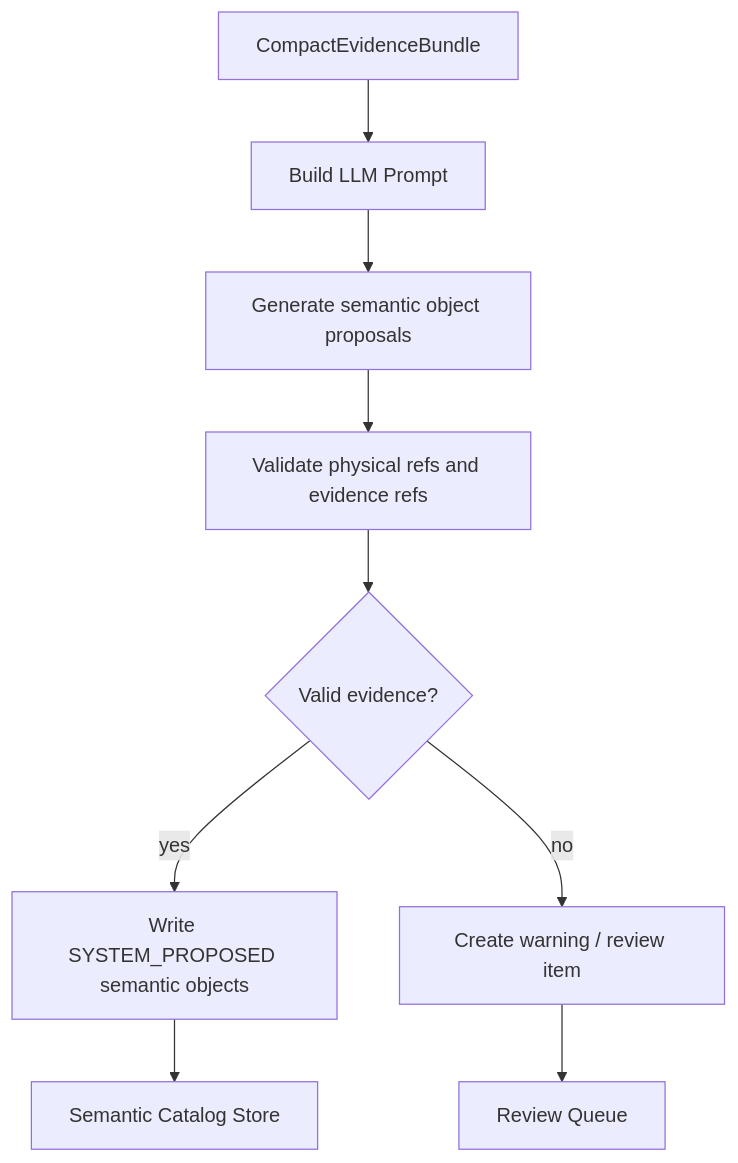
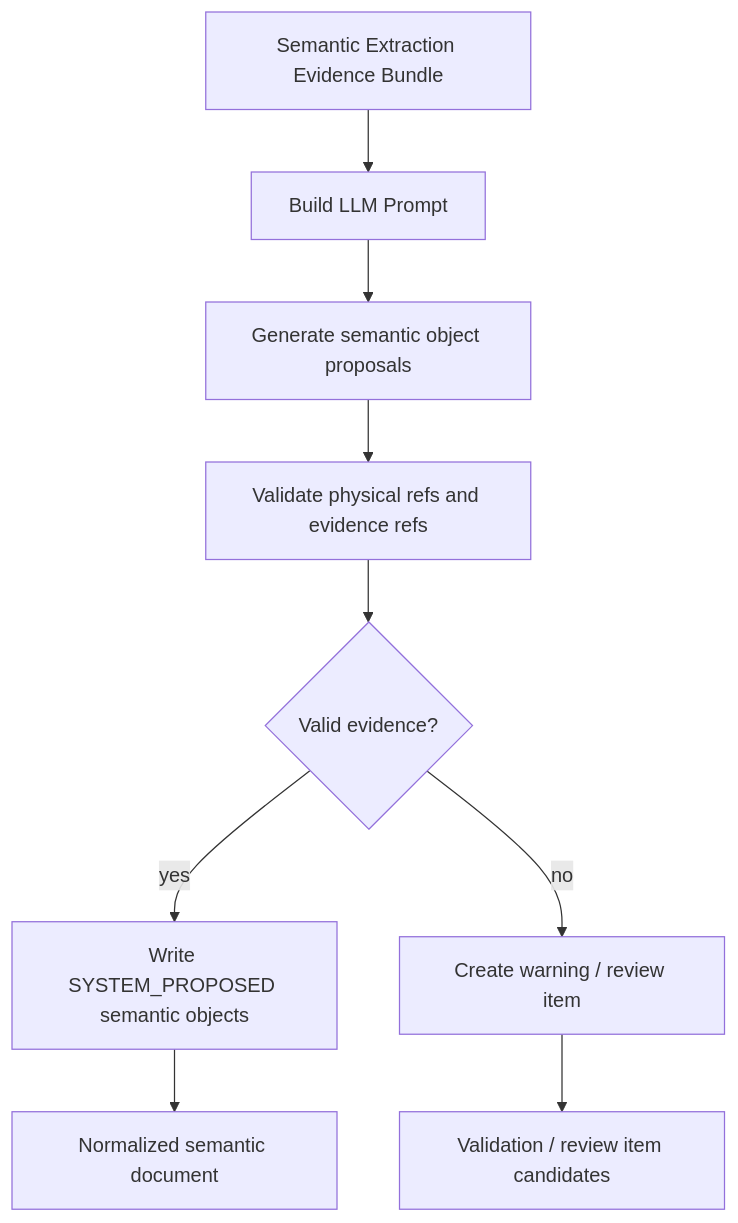
One commit to xiaoguang/relation-detector changed the second of 2 diagrams in docs/design/semantic-layer/03-llm-semantic-enricher.md. Above: the diagram before and after it, drawn with Mermaid. The commit also changed other lines of this file and 881 other files, not shown here.

Commit message:
Naturalize SQL Server samples and refine semantic evidence

````diff
--- a/docs/design/semantic-layer/03-llm-semantic-enricher.md
+++ b/docs/design/semantic-layer/03-llm-semantic-enricher.md
@@ -212,11 +260,11 @@
 ```mermaid
 flowchart TD
-  A["CompactEvidenceBundle"] --> B["Build LLM Prompt"]
+  A["Semantic Extraction Evidence Bundle"] --> B["Build LLM Prompt"]
   B --> C["Generate semantic object proposals"]
   C --> D["Validate physical refs and evidence refs"]
   D --> E{"Valid evidence?"}
   E -- "yes" --> F["Write SYSTEM_PROPOSED semantic objects"]
   E -- "no" --> G["Create warning / review item"]
-  F --> H["Semantic Catalog Store"]
-  G --> I["Review Queue"]
+  F --> H["Normalized semantic document"]
+  G --> I["Validation / review item candidates"]
 ```
````
